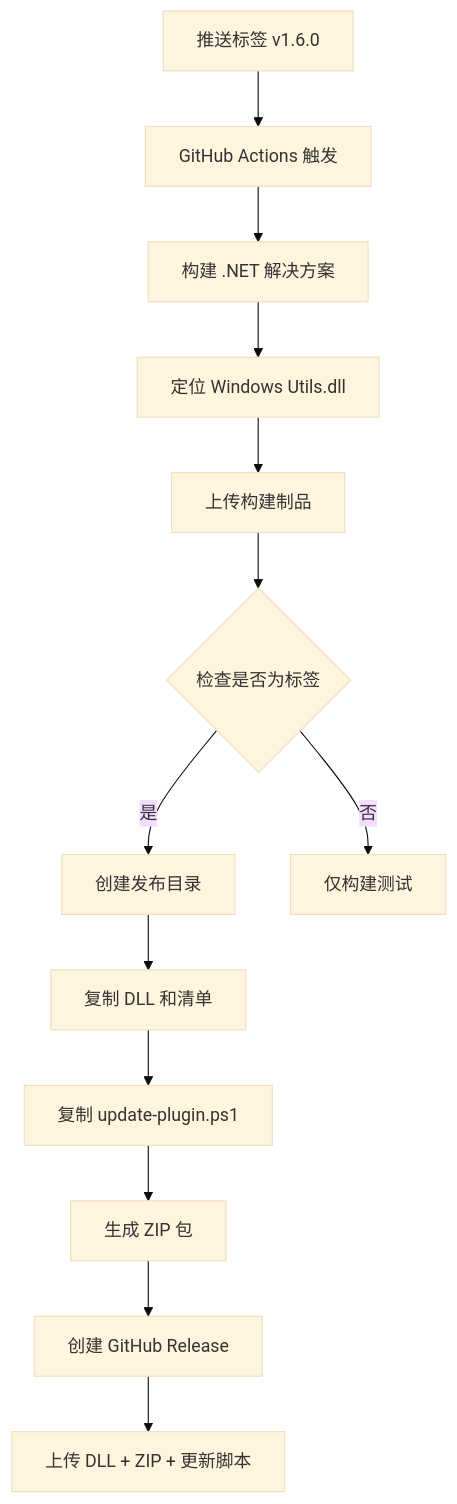
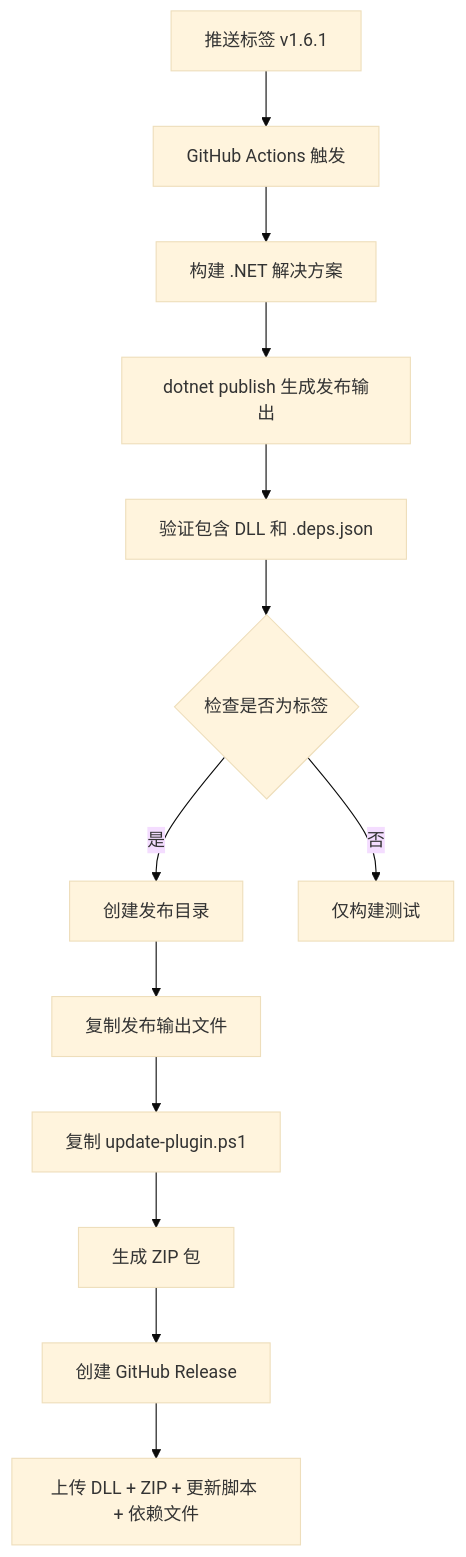
One commit to tea4go/Macro-Deck-Windows-Utils-Plugin changed the eighth of 8 diagrams in .qoder/repowiki/zh/content/贡献指南.md. Above: the diagram before and after it, drawn with Mermaid (base theme). The commit also changed other lines of this file and 16 other files, not shown here.

````diff
--- a/.qoder/repowiki/zh/content/贡献指南.md
+++ b/.qoder/repowiki/zh/content/贡献指南.md
@@ -412,15 +415,15 @@
 ```mermaid
 flowchart TD
-A["推送标签 v1.6.0"] --> B["GitHub Actions 触发"]
+A["推送标签 v1.6.1"] --> B["GitHub Actions 触发"]
 B --> C["构建 .NET 解决方案"]
-C --> D["定位 Windows Utils.dll"]
-D --> E["上传构建制品"]
+C --> D["dotnet publish 生成发布输出"]
+D --> E["验证包含 DLL 和 .deps.json"]
 E --> F{"检查是否为标签"}
 F --> |是| G["创建发布目录"]
-G --> H["复制 DLL 和清单"]
+G --> H["复制发布输出文件"]
 H --> I["复制 update-plugin.ps1"]
 I --> J["生成 ZIP 包"]
 J --> K["创建 GitHub Release"]
-K --> L["上传 DLL + ZIP + 更新脚本"]
+K --> L["上传 DLL + ZIP + 更新脚本 + 依赖文件"]
 F --> |否| M["仅构建测试"]
 ```
````
